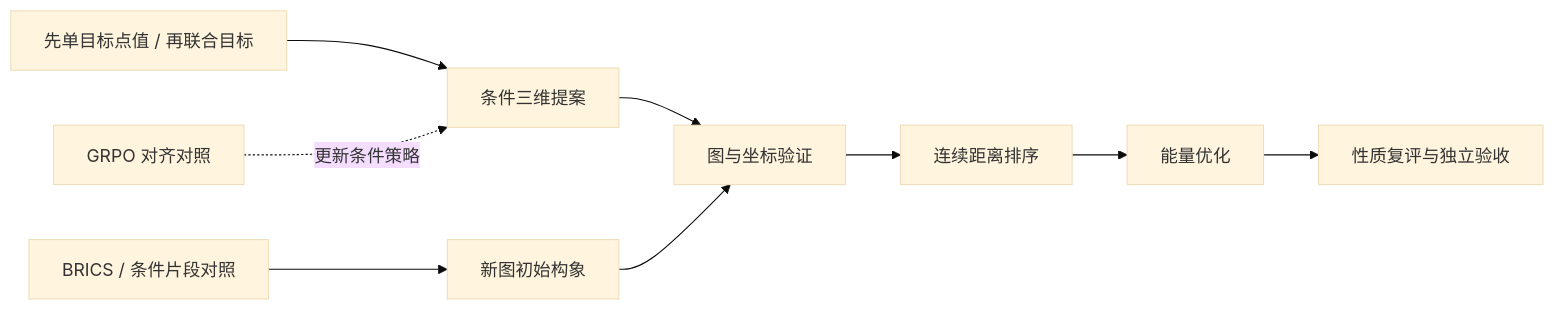
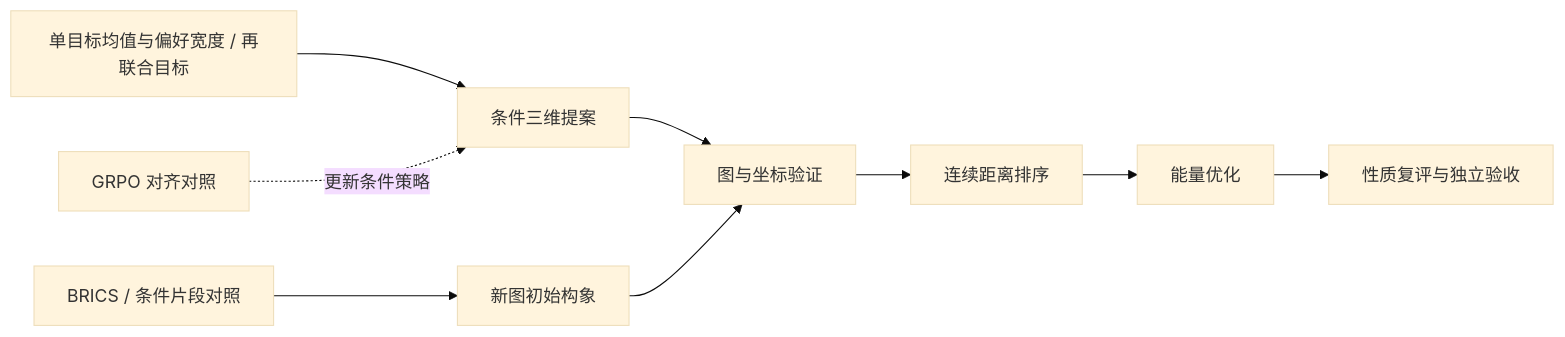
One commit to ShangChien/orbit3d changed the diagram in docs/design_changes.md. Above: the diagram before and after it, drawn with Mermaid (base theme). The commit also changed other lines of this file and 1 other file, not shown here.

````diff
--- a/docs/design_changes.md
+++ b/docs/design_changes.md
@@ -43,11 +45,11 @@
 ```mermaid
 flowchart LR
-    A[先单目标点值 / 再联合目标] --> B[条件三维提案]
+    A[单目标均值与偏好宽度 / 再联合目标] --> B[条件三维提案]
     B --> C[图与坐标验证]
     R[GRPO 对齐对照] -.更新条件策略.-> B
     C --> D[连续距离排序]
     D --> E[能量优化]
     E --> F[性质复评与独立验收]
     G[BRICS / 条件片段对照] --> H[新图初始构象]
     H --> C
 ```
````
